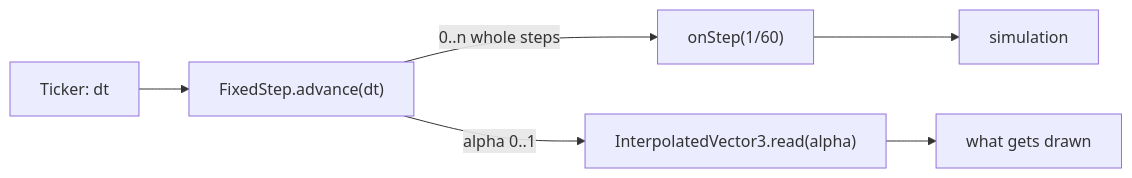
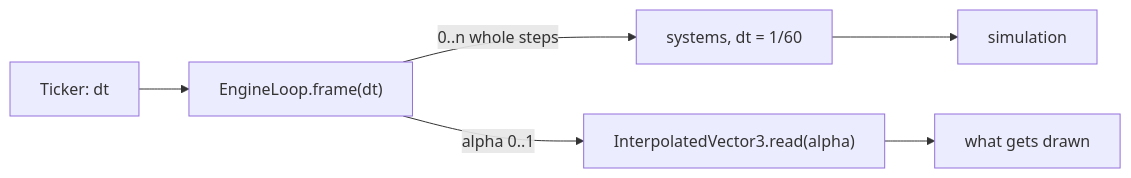
Before and after one commit to pleiondev/flutter3d: the first of 2 diagrams in site/content/core/simulation.md, drawn with Mermaid. The commit also changed other lines of this file and 48 other files, not shown here.

````diff
--- a/site/content/core/simulation.md
+++ b/site/content/core/simulation.md
@@ -30,8 +31,8 @@
 ```mermaid
 flowchart LR
-  tick["Ticker: dt"] --> acc["FixedStep.advance(dt)"]
-  acc -->|"0..n whole steps"| step["onStep(1/60)"]
+  tick["Ticker: dt"] --> acc["EngineLoop.frame(dt)"]
+  acc -->|"0..n whole steps"| step["systems, dt = 1/60"]
   step --> sim["simulation"]
   acc -->|"alpha 0..1"| interp["InterpolatedVector3.read(alpha)"]
   interp --> draw["what gets drawn"]
 ```
````
